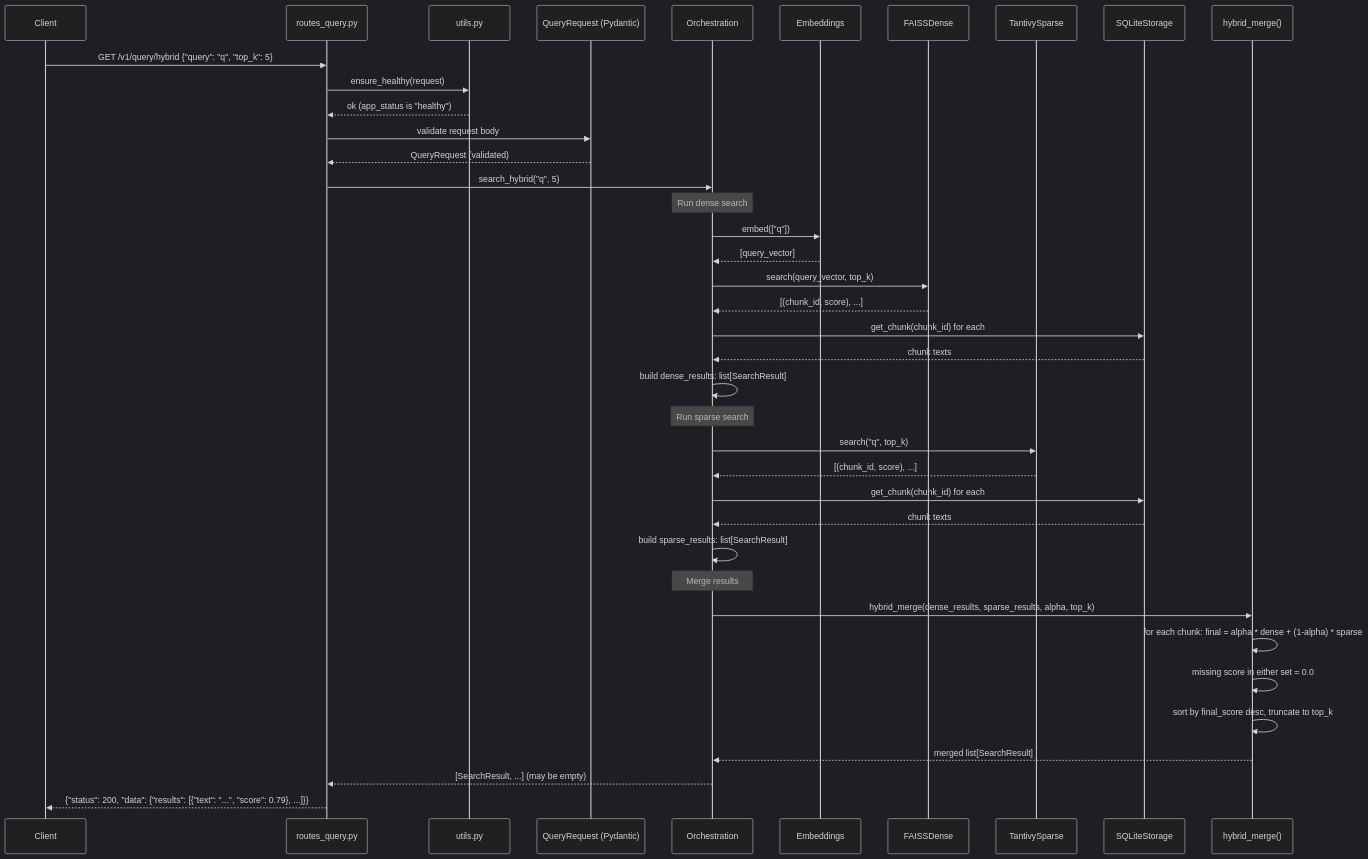
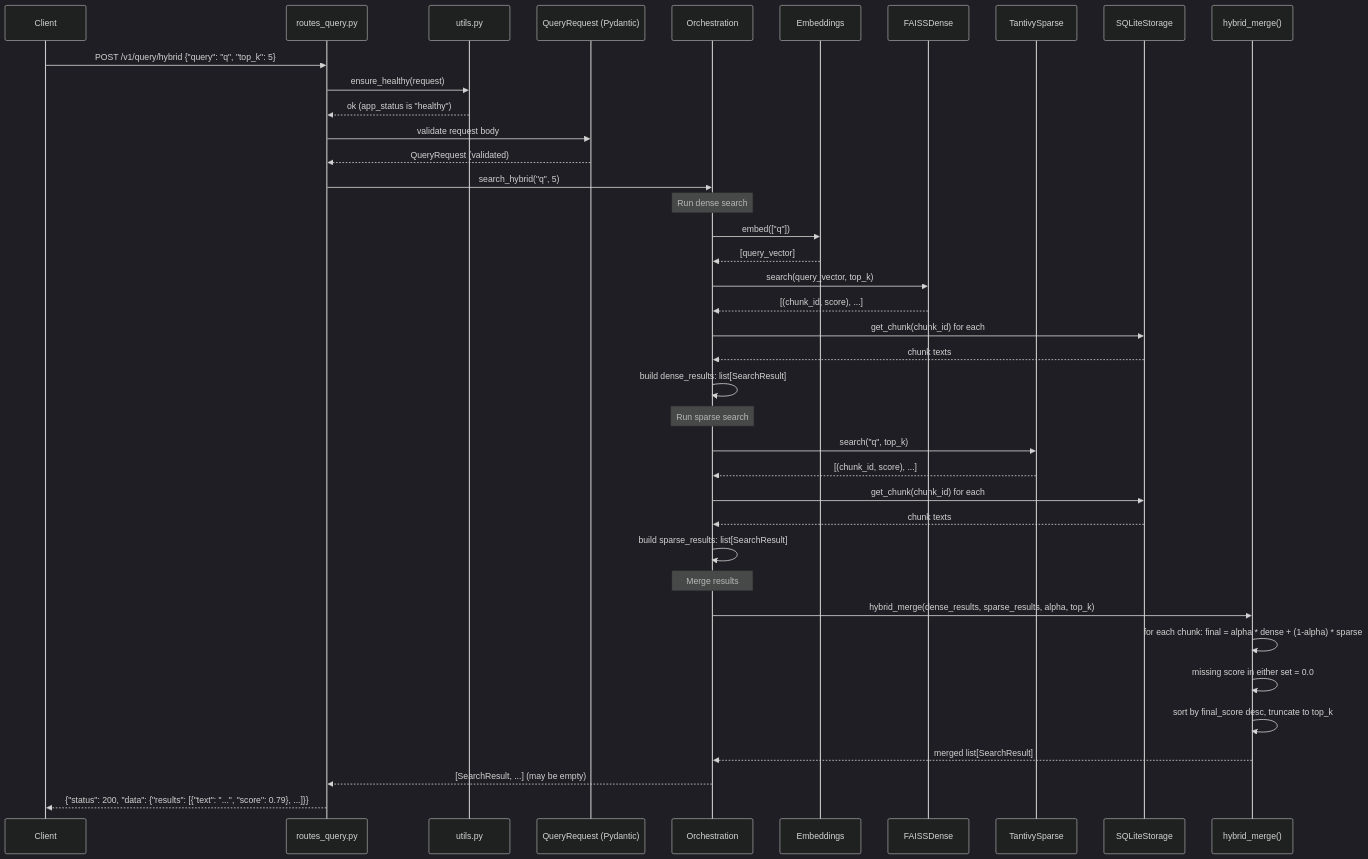
The seventh of 9 diagrams in docs/SPECIFICATION-DATA-FLOW.md (florianbuetow/mini-rag), drawn with Mermaid (dark theme) before and after one commit. The commit also changed other lines of this file and 11 other files, not shown here.

````diff
--- a/docs/SPECIFICATION-DATA-FLOW.md
+++ b/docs/SPECIFICATION-DATA-FLOW.md
@@ -484,46 +487,46 @@
 ```mermaid
 sequenceDiagram
     participant C as Client
     participant R as routes_query.py
     participant U as utils.py
     participant PM as QueryRequest (Pydantic)
     participant O as Orchestration
     participant E as Embeddings
     participant D as FAISSDense
     participant SP as TantivySparse
     participant ST as SQLiteStorage
     participant HY as hybrid_merge()
 
-    C->>R: GET /v1/query/hybrid {"query": "q", "top_k": 5}
+    C->>R: POST /v1/query/hybrid {"query": "q", "top_k": 5}
     R->>U: ensure_healthy(request)
     U-->>R: ok (app_status is "healthy")
     R->>PM: validate request body
     PM-->>R: QueryRequest (validated)
     R->>O: search_hybrid("q", 5)
 
     Note over O: Run dense search
     O->>E: embed(["q"])
     E-->>O: [query_vector]
     O->>D: search(query_vector, top_k)
     D-->>O: [(chunk_id, score), ...]
     O->>ST: get_chunk(chunk_id) for each
     ST-->>O: chunk texts
     O->>O: build dense_results: list[SearchResult]
 
     Note over O: Run sparse search
     O->>SP: search("q", top_k)
     SP-->>O: [(chunk_id, score), ...]
     O->>ST: get_chunk(chunk_id) for each
     ST-->>O: chunk texts
     O->>O: build sparse_results: list[SearchResult]
 
     Note over O: Merge results
     O->>HY: hybrid_merge(dense_results, sparse_results, alpha, top_k)
     HY->>HY: for each chunk: final = alpha * dense + (1-alpha) * sparse
     HY->>HY: missing score in either set = 0.0
     HY->>HY: sort by final_score desc, truncate to top_k
     HY-->>O: merged list[SearchResult]
 
     O-->>R: [SearchResult, ...] (may be empty)
     R-->>C: {"status": 200, "data": {"results": [{"text": "...", "score": 0.79}, ...]}}
 ```
````
